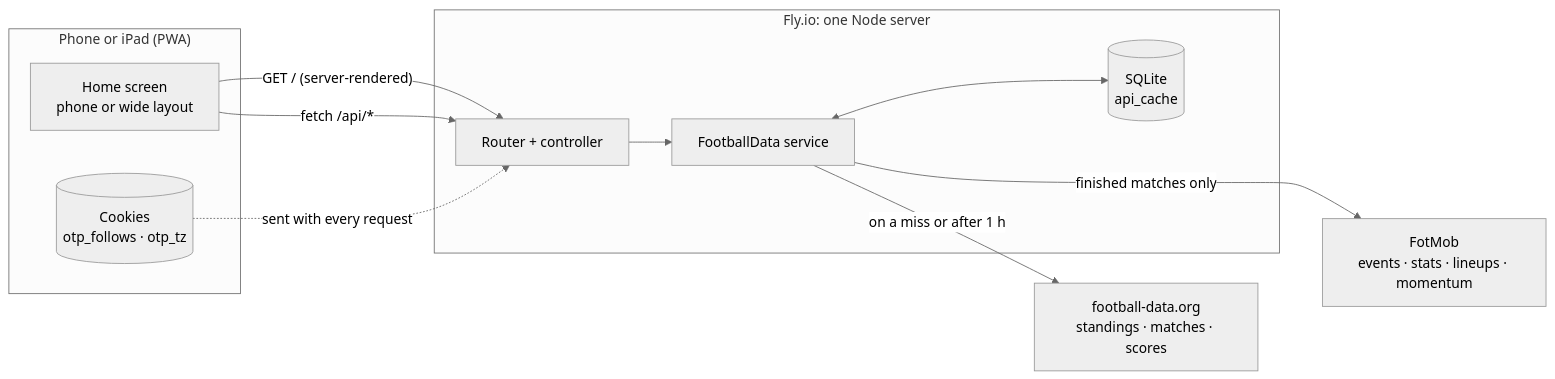
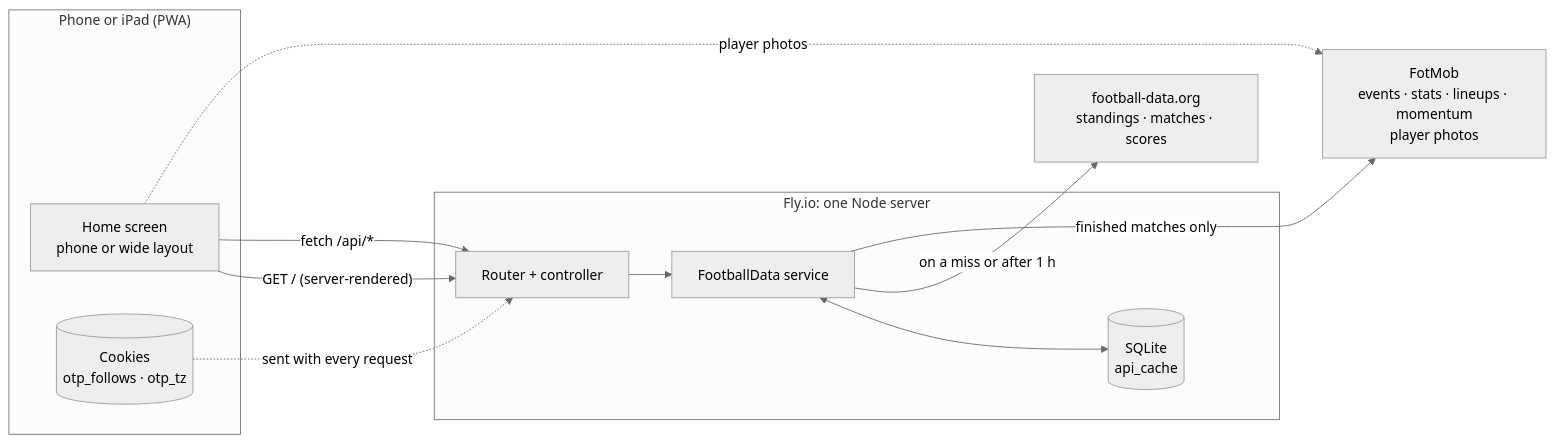
Before and after one commit to josemlrod/otp: the first of 3 diagrams in ARCHITECTURE.md, drawn with Mermaid (neutral theme). The commit also changed other lines of this file and 9 other files, not shown here.

````diff
--- a/ARCHITECTURE.md
+++ b/ARCHITECTURE.md
@@ -11,23 +11,24 @@
 ```mermaid
 flowchart LR
   subgraph Device["Phone or iPad (PWA)"]
     UI["Home screen<br/>phone or wide layout"]
     Cookies[("Cookies<br/>otp_follows · otp_tz")]
   end
   subgraph Fly["Fly.io: one Node server"]
     Ctl["Router + controller"]
     FD["FootballData service"]
     Cache[("SQLite<br/>api_cache")]
   end
   FDAPI["football-data.org<br/>standings · matches · scores"]
-  FM["FotMob<br/>events · stats · lineups · momentum"]
+  FM["FotMob<br/>events · stats · lineups · momentum<br/>player photos"]
 
   UI -- "GET / (server-rendered)" --> Ctl
   UI -- "fetch /api/*" --> Ctl
   Cookies -. "sent with every request" .-> Ctl
   Ctl --> FD
   FD <--> Cache
   FD -- "on a miss or after 1 h" --> FDAPI
   FD -- "finished matches only" --> FM
+  UI -. "player photos" .-> FM
   FDAPI ~~~ FM
 ```
````
